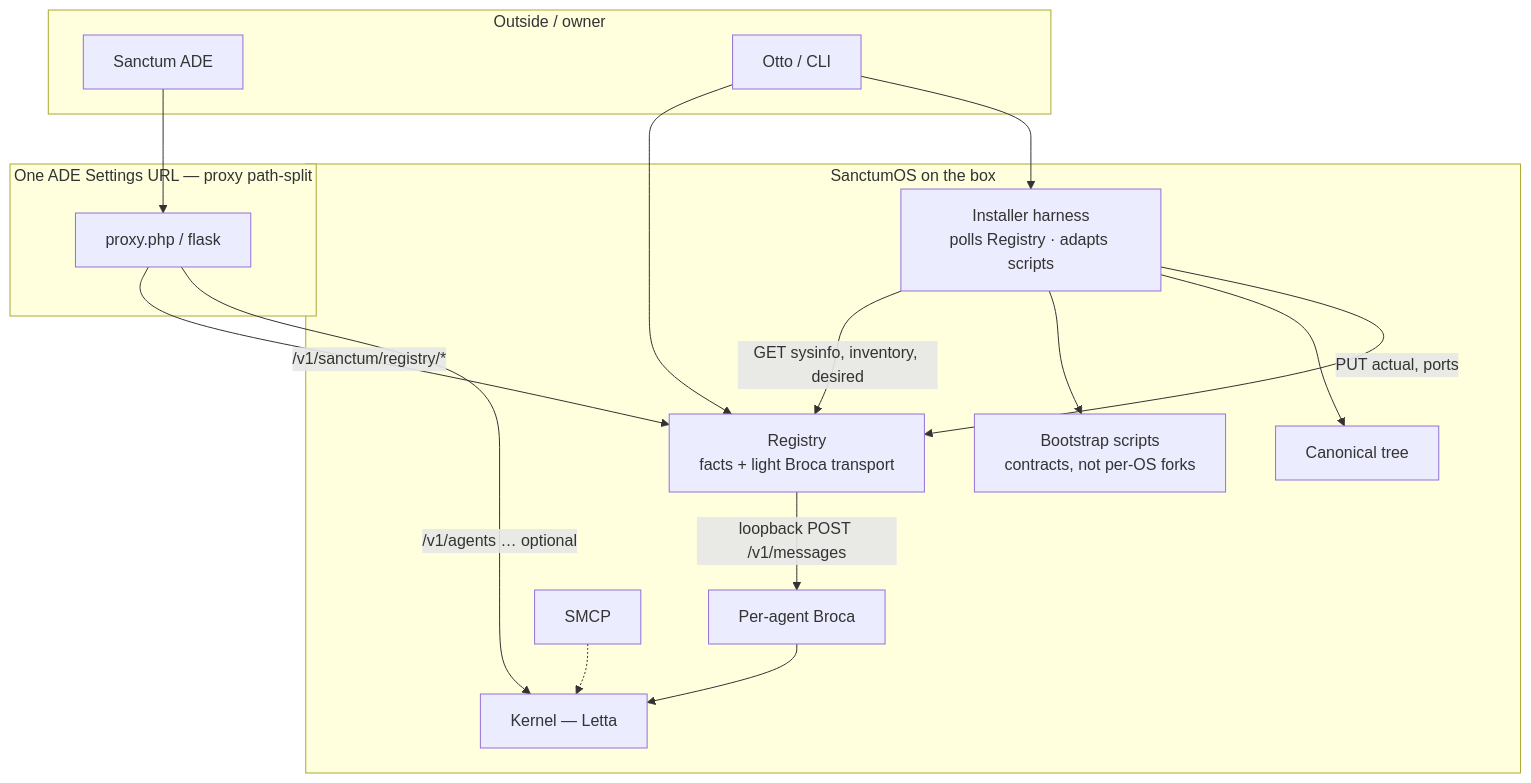
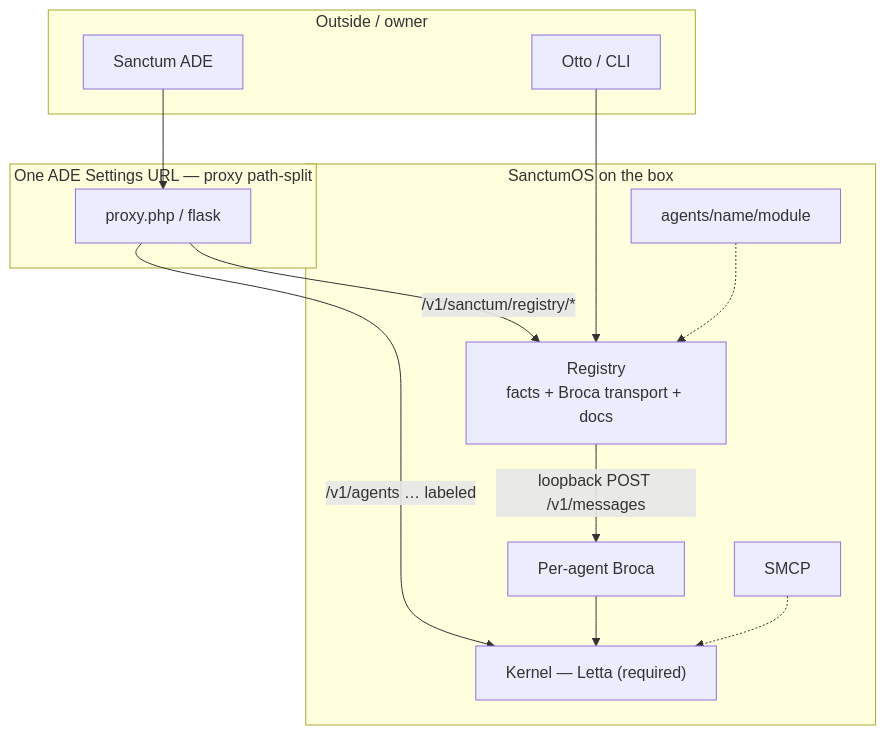
One commit to sanctumos/ade changed the diagram in docs/host-os/architecture-v0.md. Above: the diagram before and after it, drawn with Mermaid. The commit also changed other lines of this file and 5 other files, not shown here.

````diff
--- a/docs/host-os/architecture-v0.md
+++ b/docs/host-os/architecture-v0.md
@@ -42,34 +33,28 @@
 ```mermaid
 flowchart TB
   subgraph clients["Outside / owner"]
     ADE["Sanctum ADE"]
     CLI["Otto / CLI"]
   end
 
   subgraph edge["One ADE Settings URL — proxy path-split"]
     PROXY["proxy.php / flask"]
   end
 
   subgraph os["SanctumOS on the box"]
-    REG["Registry<br/>facts + light Broca transport"]
-    INST["Installer harness<br/>polls Registry · adapts scripts"]
-    SCRIPTS["Bootstrap scripts<br/>contracts, not per-OS forks"]
-    LETTA["Kernel — Letta"]
+    REG["Registry<br/>facts + Broca transport + docs"]
+    LETTA["Kernel — Letta (required)"]
     BROCA["Per-agent Broca"]
     SMCP["SMCP"]
-    DISK["Canonical tree"]
+    DISK["agents/name/module"]
   end
 
   ADE --> PROXY
   PROXY -->|"/v1/sanctum/registry/*"| REG
-  PROXY -->|"/v1/agents … optional"| LETTA
+  PROXY -->|"/v1/agents … labeled"| LETTA
   CLI --> REG
-  CLI --> INST
-  INST -->|"GET sysinfo, inventory, desired"| REG
-  INST --> SCRIPTS
-  INST --> DISK
-  INST -->|"PUT actual, ports"| REG
   REG -->|"loopback POST /v1/messages"| BROCA
   BROCA --> LETTA
   SMCP -.-> LETTA
+  DISK -.-> REG
 ```
````
